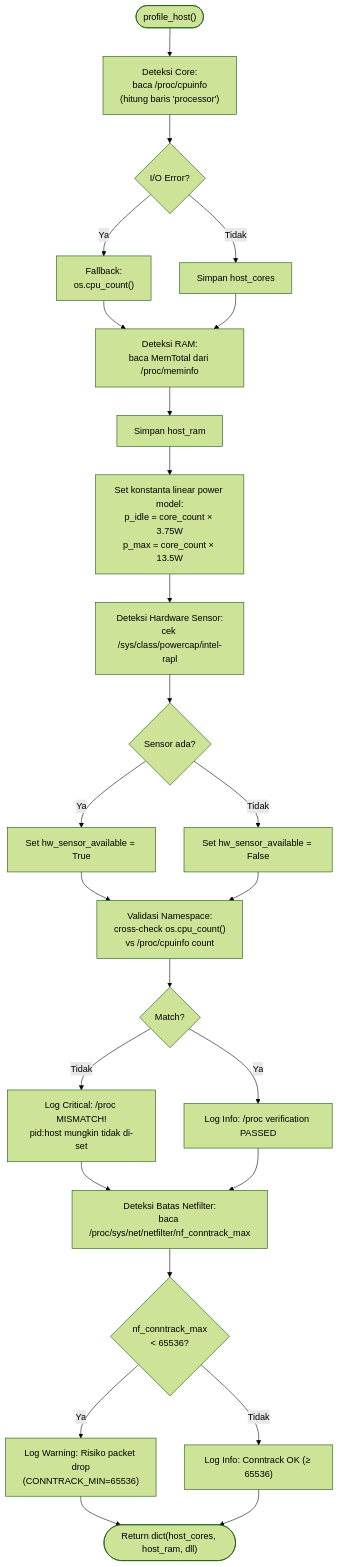
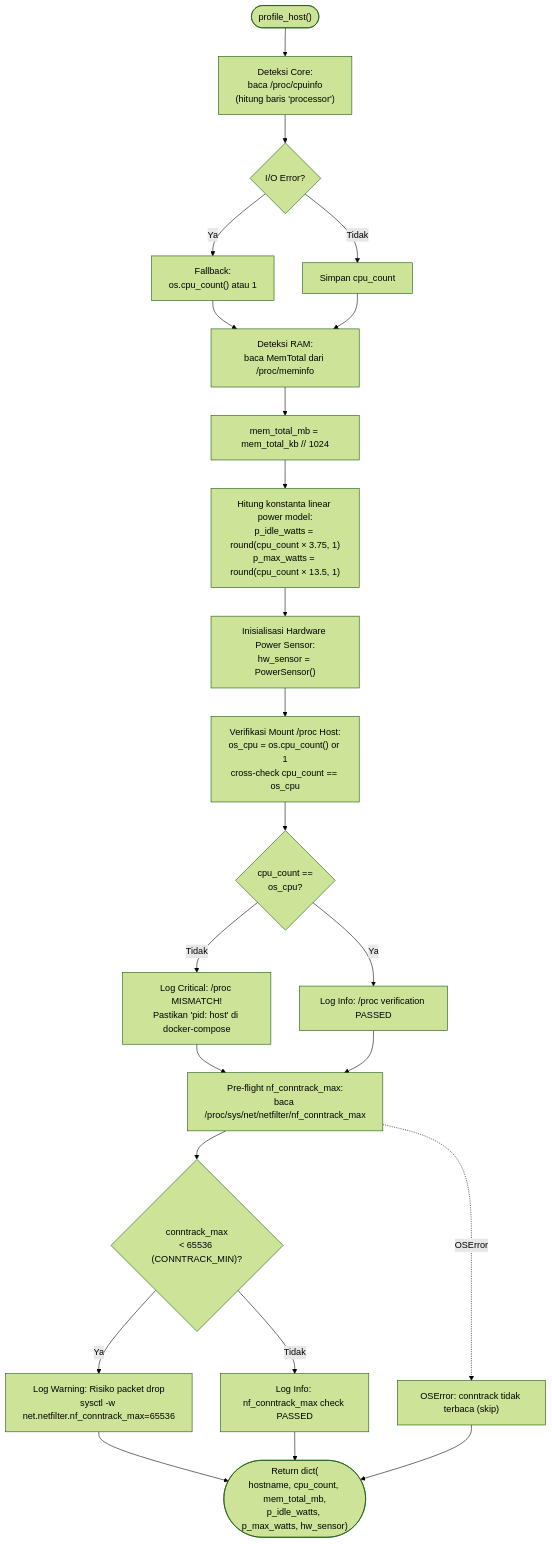
The first of 2 diagrams in architecture-diagrams/layer-1-profiler/01_profile_host.md (fauzanreza/green-container-framework), drawn with Mermaid (forest theme) before and after one commit. The commit also changed other lines of this file and 18 other files, not shown here.

````diff
--- a/architecture-diagrams/layer-1-profiler/01_profile_host.md
+++ b/architecture-diagrams/layer-1-profiler/01_profile_host.md
@@ -9,56 +9,52 @@
 ```mermaid
 flowchart TD
     START(["profile_host()"])
 
     CPU_TRY["Deteksi Core:<br/>baca /proc/cpuinfo<br/>(hitung baris 'processor')"]
     CPU_ERR{"I/O Error?"}
-    CPU_FALLBACK["Fallback:<br/>os.cpu_count()"]
-    CPU_OK["Simpan host_cores"]
+    CPU_FALLBACK["Fallback:<br/>os.cpu_count() atau 1"]
+    CPU_OK["Simpan cpu_count"]
 
     RAM_TRY["Deteksi RAM:<br/>baca MemTotal dari /proc/meminfo"]
-    RAM_OK["Simpan host_ram"]
+    RAM_OK["mem_total_mb = mem_total_kb // 1024"]
 
-    ENERGY_CONST["Set konstanta linear power model:<br/>p_idle = core_count × 3.75W<br/>p_max = core_count × 13.5W"]
+    ENERGY_CONST["Hitung konstanta linear power model:<br/>p_idle_watts = round(cpu_count × 3.75, 1)<br/>p_max_watts = round(cpu_count × 13.5, 1)"]
 
-    RAPL_CHECK["Deteksi Hardware Sensor:<br/>cek /sys/class/powercap/intel-rapl"]
-    RAPL_FOUND{"Sensor ada?"}
-    RAPL_YES["Set hw_sensor_available = True"]
-    RAPL_NO["Set hw_sensor_available = False"]
+    SENSOR_INIT["Inisialisasi Hardware Power Sensor:<br/>hw_sensor = PowerSensor()"]
 
-    NS_CHECK["Validasi Namespace:<br/>cross-check os.cpu_count()<br/>vs /proc/cpuinfo count"]
-    NS_MATCH{"Match?"}
-    NS_WARN["Log Critical: /proc MISMATCH!<br/>pid:host mungkin tidak di-set"]
+    NS_CHECK["Verifikasi Mount /proc Host:<br/>os_cpu = os.cpu_count() or 1<br/>cross-check cpu_count == os_cpu"]
+    NS_MATCH{"cpu_count ==<br/>os_cpu?"}
+    NS_WARN["Log Critical: /proc MISMATCH!<br/>Pastikan 'pid: host' di docker-compose"]
     NS_OK["Log Info: /proc verification PASSED"]
 
-    NET_CHECK["Deteksi Batas Netfilter:<br/>baca /proc/sys/net/netfilter/nf_conntrack_max"]
-    NET_WARN{"nf_conntrack_max<br/>< 65536?"}
-    WARN_LOG["Log Warning: Risiko packet drop<br/>(CONNTRACK_MIN=65536)"]
-    NET_OK["Log Info: Conntrack OK (≥ 65536)"]
+    NET_CHECK["Pre-flight nf_conntrack_max:<br/>baca /proc/sys/net/netfilter/nf_conntrack_max"]
+    NET_WARN{"conntrack_max<br/>&lt; 65536 (CONNTRACK_MIN)?"}
+    WARN_LOG["Log Warning: Risiko packet drop<br/>sysctl -w net.netfilter.nf_conntrack_max=65536"]
+    NET_OK["Log Info: nf_conntrack_max check PASSED"]
+    NET_SKIP["OSError: conntrack tidak terbaca (skip)"]
 
-    RETURN(["Return dict(host_cores, host_ram, dll)"])
+    RETURN(["Return dict(<br/>hostname, cpu_count, mem_total_mb,<br/>p_idle_watts, p_max_watts, hw_sensor)"])
 
     START --> CPU_TRY
     CPU_TRY --> CPU_ERR
     CPU_ERR -->|Ya| CPU_FALLBACK
     CPU_ERR -->|Tidak| CPU_OK
     CPU_FALLBACK --> RAM_TRY
     CPU_OK --> RAM_TRY
     RAM_TRY --> RAM_OK
     RAM_OK --> ENERGY_CONST
-    ENERGY_CONST --> RAPL_CHECK
-    RAPL_CHECK --> RAPL_FOUND
-    RAPL_FOUND -->|Ya| RAPL_YES
-    RAPL_FOUND -->|Tidak| RAPL_NO
-    RAPL_YES --> NS_CHECK
-    RAPL_NO --> NS_CHECK
+    ENERGY_CONST --> SENSOR_INIT
+    SENSOR_INIT --> NS_CHECK
     NS_CHECK --> NS_MATCH
     NS_MATCH -->|Tidak| NS_WARN
     NS_MATCH -->|Ya| NS_OK
     NS_WARN --> NET_CHECK
     NS_OK --> NET_CHECK
     NET_CHECK --> NET_WARN
     NET_WARN -->|Ya| WARN_LOG
     NET_WARN -->|Tidak| NET_OK
+    NET_CHECK -.->|OSError| NET_SKIP
     WARN_LOG --> RETURN
     NET_OK --> RETURN
+    NET_SKIP --> RETURN
 ```
````
